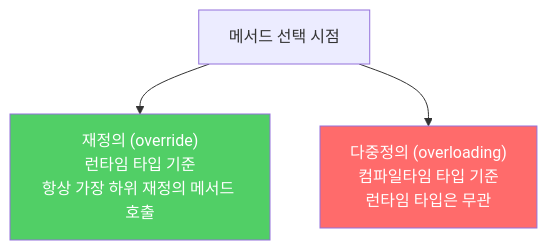
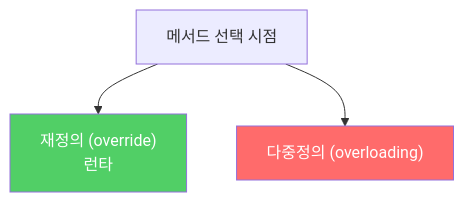
Before and after one commit to yjkim2015/yjkim2015.github.io: the first of 2 diagrams in _posts/java/2022-02-03-effective-java52.md, drawn with Mermaid. The commit also changed other lines of this file and 271 other files, not shown here.

First line of the commit message:
Mermaid 라벨 축소: 긴 노드 텍스트 18자 이하로 트림 + \n 제거

````diff
--- a/_posts/java/2022-02-03-effective-java52.md
+++ b/_posts/java/2022-02-03-effective-java52.md
@@ -52,7 +52,7 @@
 ```mermaid
 graph TD
-    A["메서드 선택 시점"] --> B["재정의 (override)\n런타임 타입 기준\n항상 가장 하위 재정의 메서드 호출"]
-    A --> C["다중정의 (overloading)\n컴파일타임 타입 기준\n런타임 타입은 무관"]
+    A["메서드 선택 시점"] --> B["재정의 (override)\n런타"]
+    A --> C["다중정의 (overloading)"]
     style B fill:#51cf66,color:#fff
     style C fill:#ff6b6b,color:#fff
 ```
````
